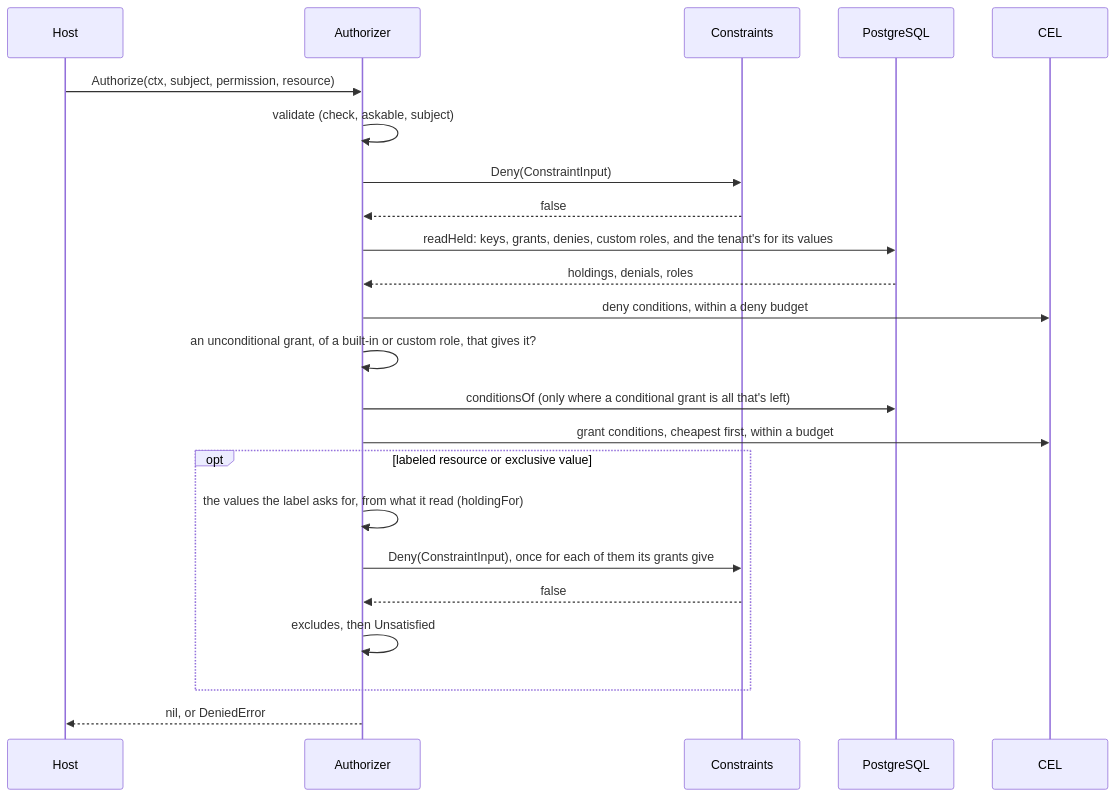
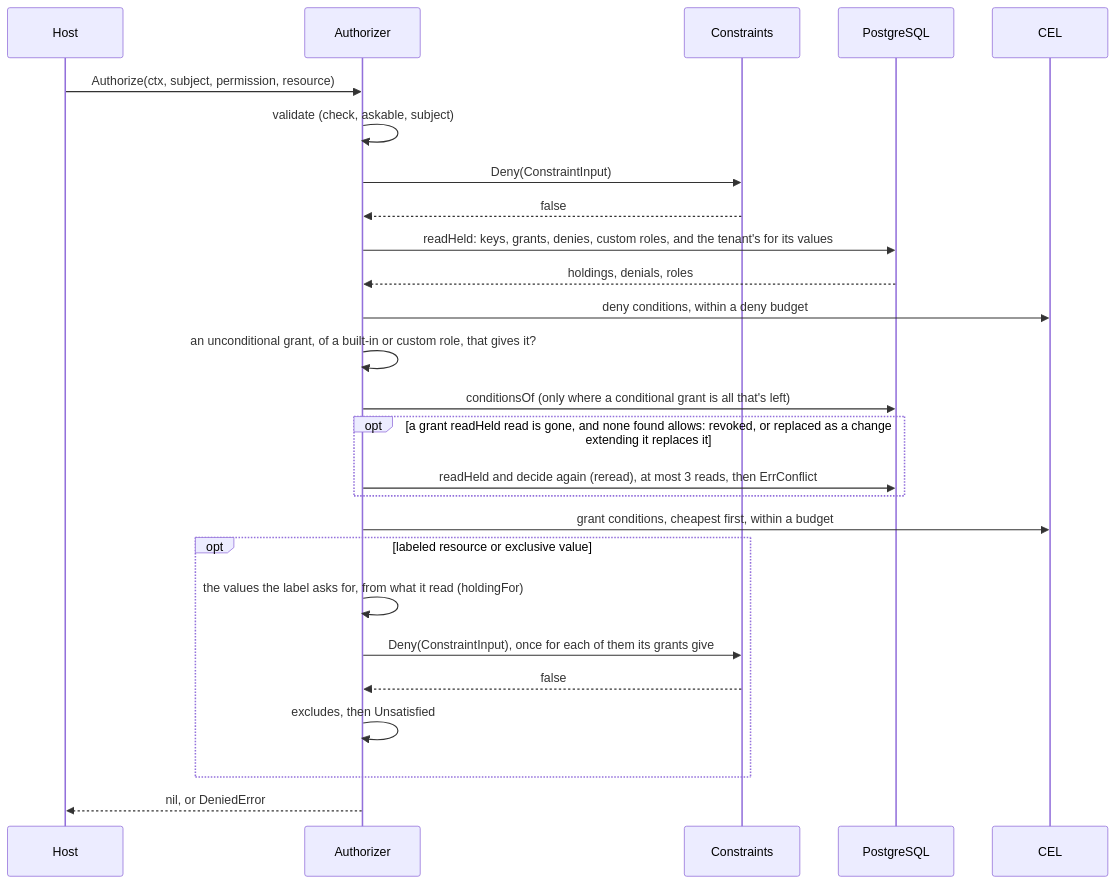
The seventh of 14 diagrams in docs/architecture.md (parallelworks/rbac), drawn with Mermaid before and after one commit. The commit also changed other lines of this file and 8 other files, not shown here.

Commit message:
fix: a check denied, and Permissions and Holding left out, what every moment allowed where a conditional grant was replaced as it ran, as extending one does (#160)

````diff
--- a/docs/architecture.md
+++ b/docs/architecture.md
@@ -603,25 +603,28 @@
 ```mermaid
 sequenceDiagram
     participant H as Host
     participant A as Authorizer
     participant C as Constraints
     participant DB as PostgreSQL
     participant E as CEL
     H->>A: Authorize(ctx, subject, permission, resource)
     A->>A: validate (check, askable, subject)
     A->>C: Deny(ConstraintInput)
     C-->>A: false
     A->>DB: readHeld: keys, grants, denies, custom roles, and the tenant's for its values
     DB-->>A: holdings, denials, roles
     A->>E: deny conditions, within a deny budget
     A->>A: an unconditional grant, of a built-in or custom role, that gives it?
     A->>DB: conditionsOf (only where a conditional grant is all that's left)
+    opt a grant readHeld read is gone, and none found allows: revoked, or replaced as a change extending it replaces it
+        A->>DB: readHeld and decide again (reread), at most 3 reads, then ErrConflict
+    end
     A->>E: grant conditions, cheapest first, within a budget
     opt labeled resource or exclusive value
         A->>A: the values the label asks for, from what it read (holdingFor)
         A->>C: Deny(ConstraintInput), once for each of them its grants give
         C-->>A: false
         A->>A: excludes, then Unsatisfied
     end
     A-->>H: nil, or DeniedError
 ```
````
